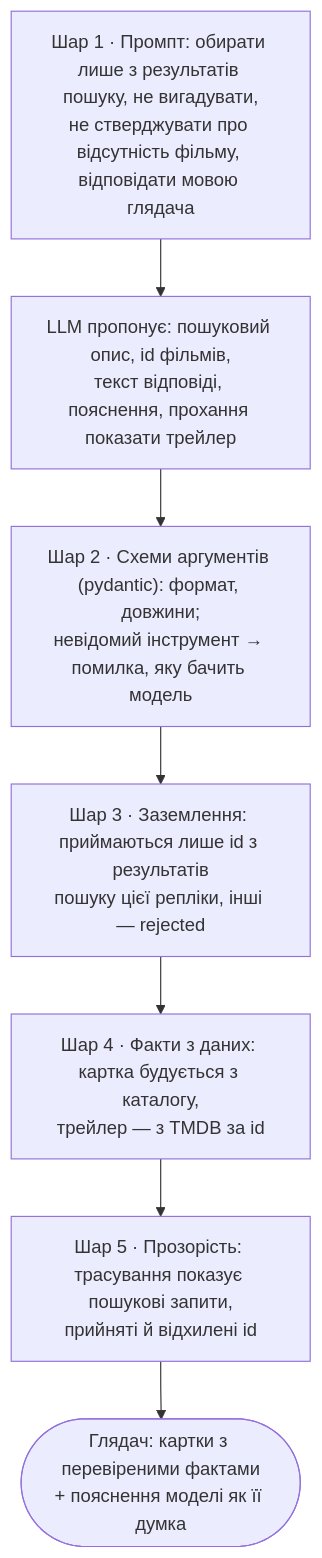
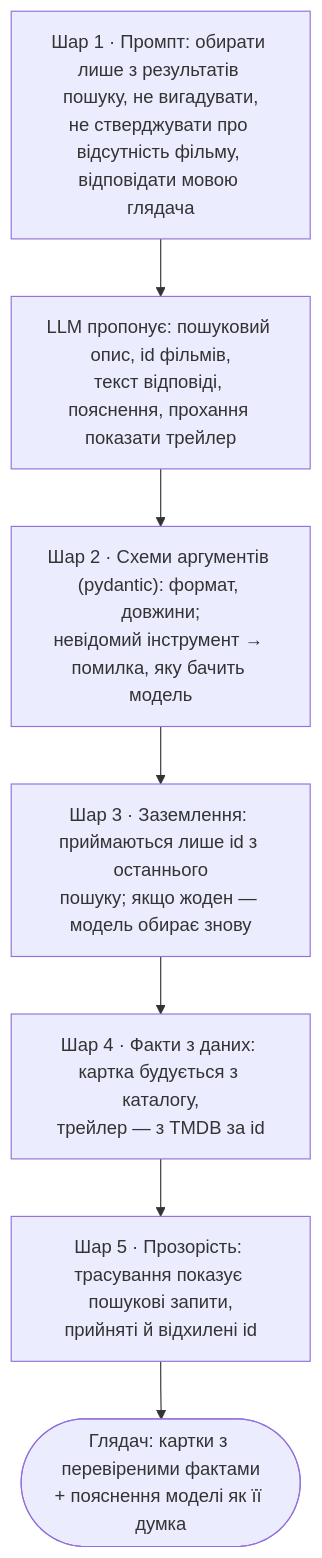
Before and after one commit to woldemarg/movie_rs: the diagram in docs/08-hallucinations.md, drawn with Mermaid. The commit also changed other lines of this file and 11 other files, not shown here.

````diff
--- a/docs/08-hallucinations.md
+++ b/docs/08-hallucinations.md
@@ -30,12 +30,12 @@
 ```mermaid
 flowchart TB
     prompt["Шар 1 · Промпт: обирати лише з результатів пошуку, не вигадувати,<br/>не стверджувати про відсутність фільму, відповідати мовою глядача"]
     llm["LLM пропонує: пошуковий опис, id фільмів,<br/>текст відповіді, пояснення, прохання показати трейлер"]
     schema["Шар 2 · Схеми аргументів (pydantic): формат, довжини;<br/>невідомий інструмент → помилка, яку бачить модель"]
-    ground["Шар 3 · Заземлення: приймаються лише id з результатів<br/>пошуку цієї репліки, інші — rejected"]
+    ground["Шар 3 · Заземлення: приймаються лише id з останнього<br/>пошуку; якщо жоден — модель обирає знову"]
     facts["Шар 4 · Факти з даних: картка будується з каталогу,<br/>трейлер — з TMDB за id"]
     trace["Шар 5 · Прозорість: трасування показує пошукові запити,<br/>прийняті й відхилені id"]
     out(["Глядач: картки з перевіреними фактами<br/>+ пояснення моделі як її думка"])
 
     prompt --> llm --> schema --> ground --> facts --> trace --> out
 ```
````
